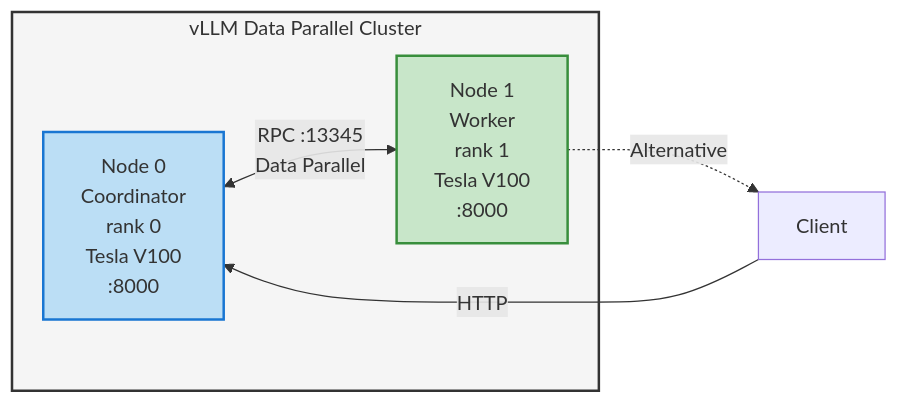
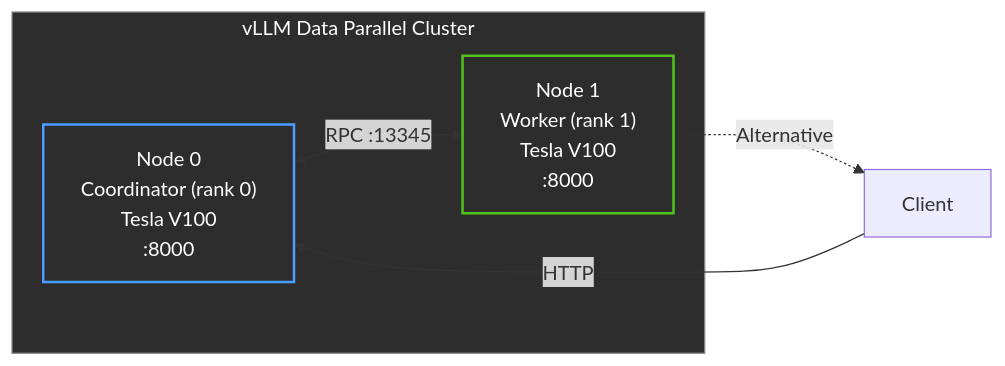
One commit to deneal123/AgentsSwarm changed the diagram in README.md. Above: the diagram before and after it, drawn with Mermaid.

````diff
--- a/README.md
+++ b/README.md
@@ -8,15 +8,15 @@
 ```mermaid
 graph LR
     subgraph Cluster["vLLM Data Parallel Cluster"]
-        C0["Node 0<br/>Coordinator<br/>rank 0<br/>Tesla V100<br/>:8000"]
-        C1["Node 1<br/>Worker<br/>rank 1<br/>Tesla V100<br/>:8000"]
+        C0["Node 0<br/>Coordinator (rank 0)<br/>Tesla V100<br/>:8000"]
+        C1["Node 1<br/>Worker (rank 1)<br/>Tesla V100<br/>:8000"]
     end
     
     Client["Client"] -->|HTTP| C0
-    C0 <-->|RPC :13345<br/>Data Parallel| C1
+    C0 <-->|RPC :13345| C1
     C1 -.->|Alternative| Client
     
-    style Cluster fill:#f5f5f5,stroke:#333,stroke-width:2px
-    style C0 fill:#bbdef5,stroke:#1976d2,stroke-width:2px
-    style C1 fill:#c8e6c9,stroke:#388e3c,stroke-width:2px
+    style Cluster fill:#2d2d2d,stroke:#888,stroke-width:1px,color:#fff
+    style C0 fill:none,stroke:#4a9eff,stroke-width:2px,color:#fff
+    style C1 fill:none,stroke:#52c41a,stroke-width:2px,color:#fff
 ```
````
